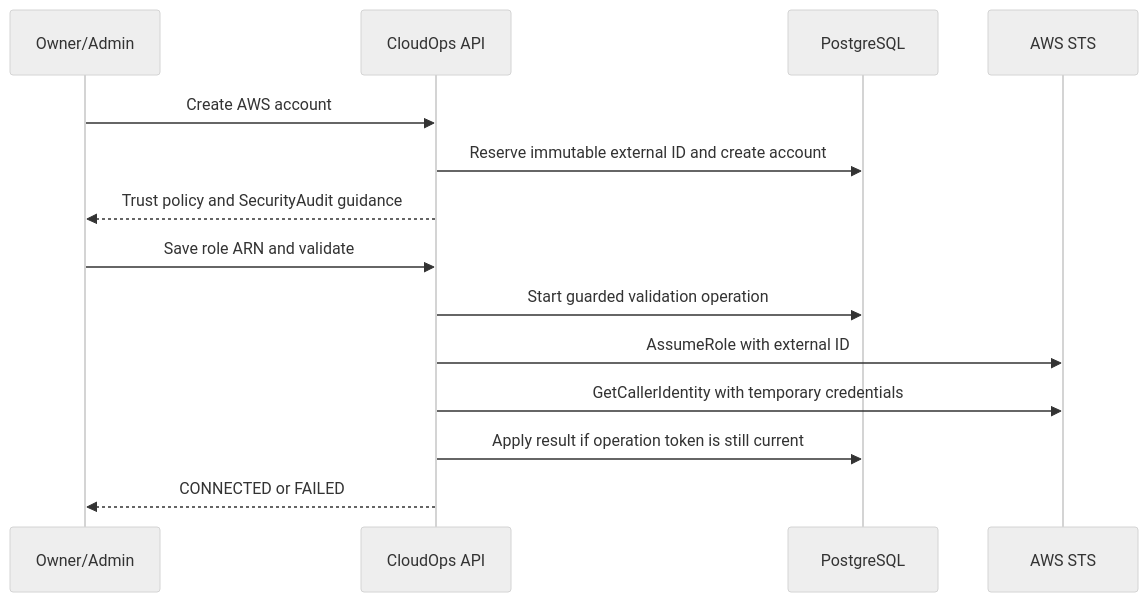
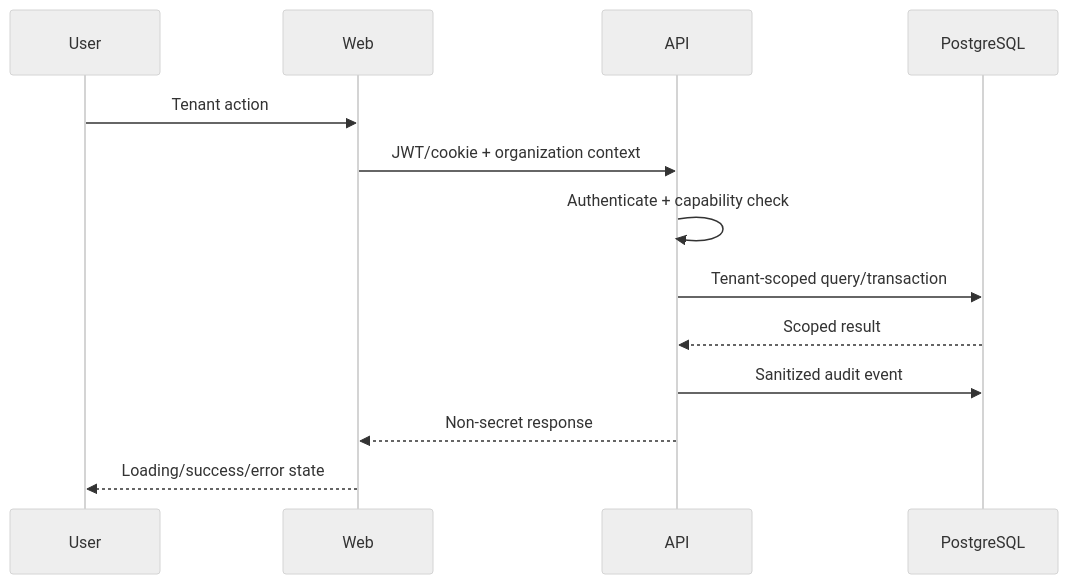
One commit to cloudops-project/CloudOps changed the second of 9 diagrams in architecture.md. Above: the diagram before and after it, drawn with Mermaid (neutral theme). The commit also changed other lines of this file and 8 other files, not shown here.

Commit message:
docs(architecture): reconcile current platform design

````diff
--- a/architecture.md
+++ b/architecture.md
@@ -145,16 +52,15 @@
 ```mermaid
 sequenceDiagram
-  participant U as Owner/Admin
-  participant API as CloudOps API
-  participant DB as PostgreSQL
-  participant AWS as AWS STS
-  U->>API: Create AWS account
-  API->>DB: Reserve immutable external ID and create account
-  API-->>U: Trust policy and SecurityAudit guidance
-  U->>API: Save role ARN and validate
-  API->>DB: Start guarded validation operation
-  API->>AWS: AssumeRole with external ID
-  API->>AWS: GetCallerIdentity with temporary credentials
-  API->>DB: Apply result if operation token is still current
-  API-->>U: CONNECTED or FAILED
+  participant U as User
+  participant W as Web
+  participant A as API
+  participant P as PostgreSQL
+  U->>W: Tenant action
+  W->>A: JWT/cookie + organization context
+  A->>A: Authenticate + capability check
+  A->>P: Tenant-scoped query/transaction
+  P-->>A: Scoped result
+  A->>P: Sanitized audit event
+  A-->>W: Non-secret response
+  W-->>U: Loading/success/error state
 ```
````
